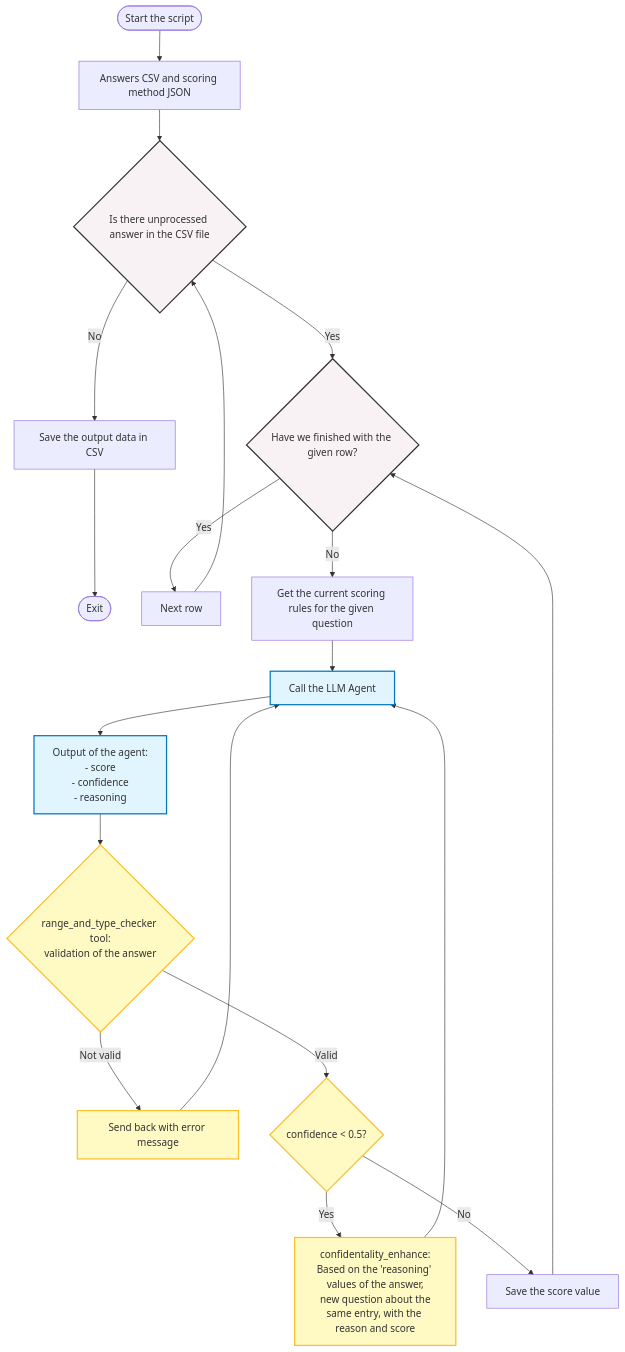
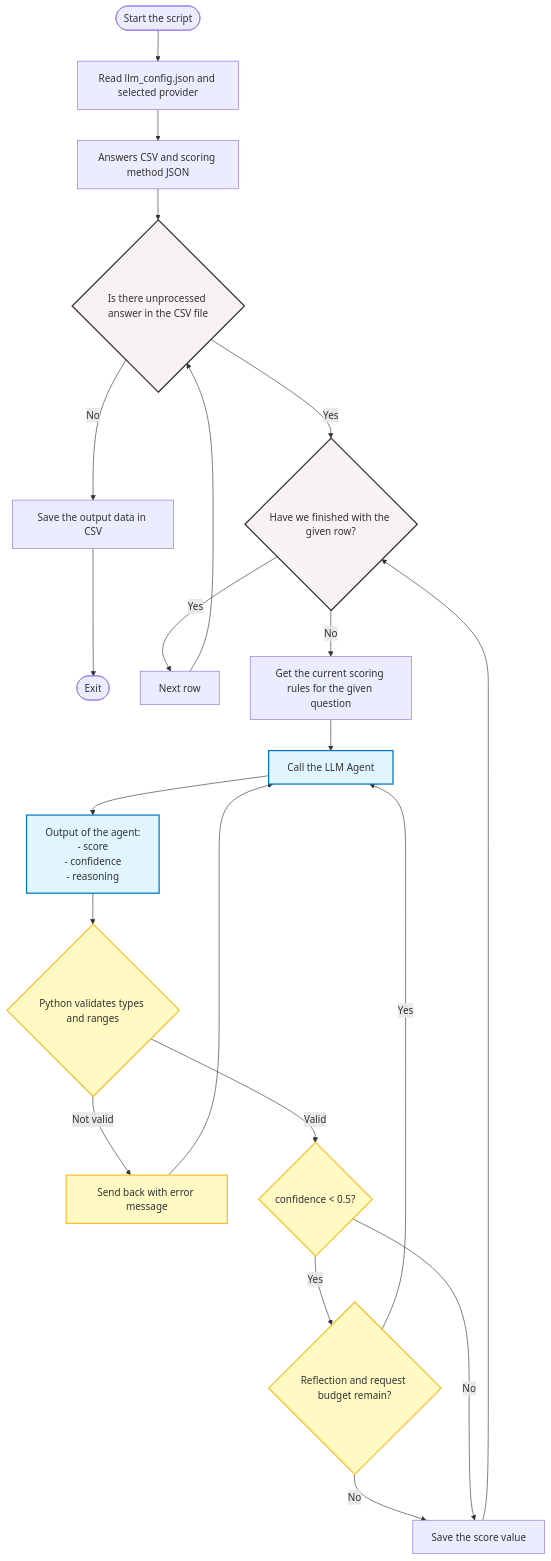
The diagram in README.md (buriansandor/interview_scoring_system), drawn with Mermaid before and after one commit. The commit also changed other lines of this file and 12 other files, not shown here.

Commit message:
Add JSON-configurable LLM scoring providers and free-tier safeguards

````diff
--- a/README.md
+++ b/README.md
@@ -110,35 +237,38 @@
 ```mermaid
 flowchart TD
-    Start([Start the script]) --> Load[Answers CSV and scoring method JSON]
+    Start([Start the script]) --> Config[Read llm_config.json and selected provider]
+    Config --> Load[Answers CSV and scoring method JSON]
     
     Load --> RowLoop{Is there unprocessed answer in the CSV file}
     RowLoop -- No --> SaveFinal[Save the output data in CSV] --> Finish([Exit])
     
     RowLoop -- Yes --> QLoop{Have we finished with the given row?}
     QLoop -- Yes --> NextRow[Next row] --> RowLoop
     
     QLoop -- No --> ExtractData[Get the current scoring rules for the given question]
     ExtractData --> AgentCall[Call the LLM Agent]
     
     AgentCall --> OutputObject[Output of the agent:\n- score\n- confidence\n- reasoning]
     
-    OutputObject --> RangeCheck{range_and_type_checker tool:\nvalidation of the answer}
+    OutputObject --> RangeCheck{Python validates types and ranges}
     
     RangeCheck -- Not valid --> RangeError[Send back with error message] --> AgentCall
     
     RangeCheck -- Valid --> ConfidenceCheck{confidence < 0.5?}
     
-    ConfidenceCheck -- Yes --> EnhanceTool[confidentality_enhance:\nBased on the 'reasoning' values of the answer,\n new question about the same entry, with the reason and score] --> AgentCall
+    ConfidenceCheck -- Yes --> EnhanceTool{Reflection and request budget remain?}
+    EnhanceTool -- Yes --> AgentCall
+    EnhanceTool -- No --> SaveScore
     
     ConfidenceCheck -- No --> SaveScore[Save the score value]
     SaveScore --> QLoop
 
     %% Stílusok a jobb átláthatóságért
     classDef loop fill:#f9f2f4,stroke:#333,stroke-width:2px;
     classDef agent fill:#e1f5fe,stroke:#0277bd,stroke-width:2px;
     classDef tool fill:#fff9c4,stroke:#fbc02d,stroke-width:2px;
     
     class RowLoop,QLoop loop;
     class AgentCall,OutputObject agent;
     class RangeCheck,ConfidenceCheck,EnhanceTool,RangeError tool;
 ```
````
